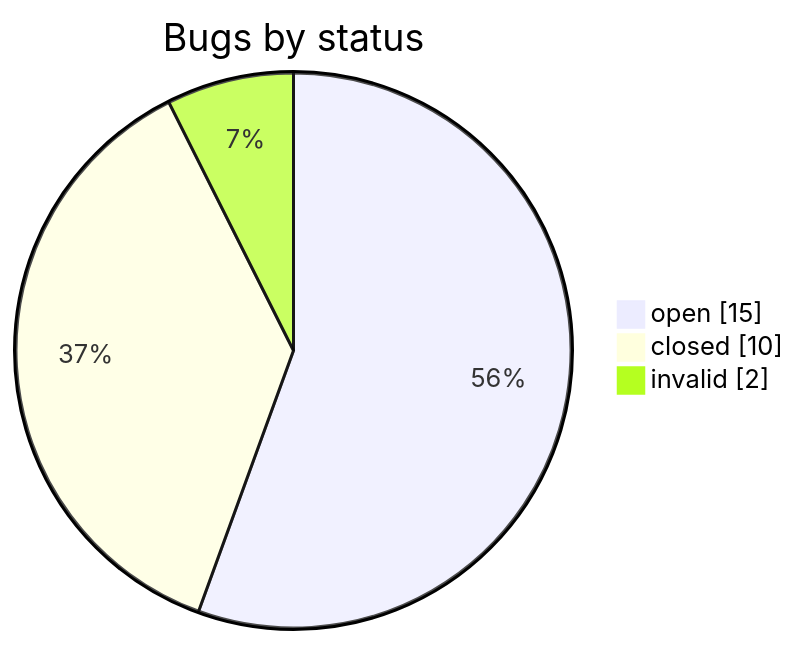
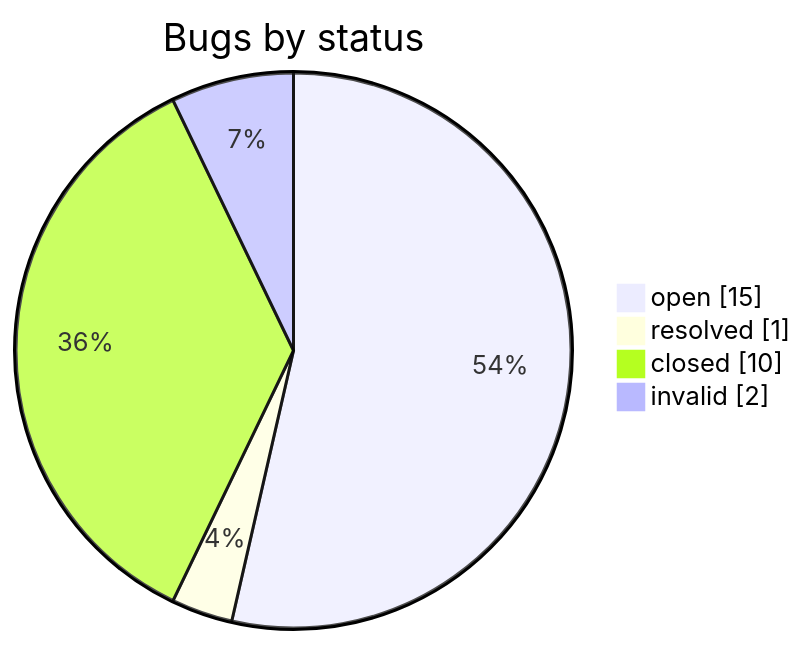
The second of 2 diagrams in STATUS.md (iammaxsu/automatic-testing-architecture), drawn with Mermaid before and after one commit. The commit also changed other lines of this file and 3 other files, not shown here.

````diff
--- a/STATUS.md
+++ b/STATUS.md
@@ -161,6 +162,7 @@
 ```mermaid
 pie showData title Bugs by status
     "open" : 15
+    "resolved" : 1
     "closed" : 10
     "invalid" : 2
 ```
````
